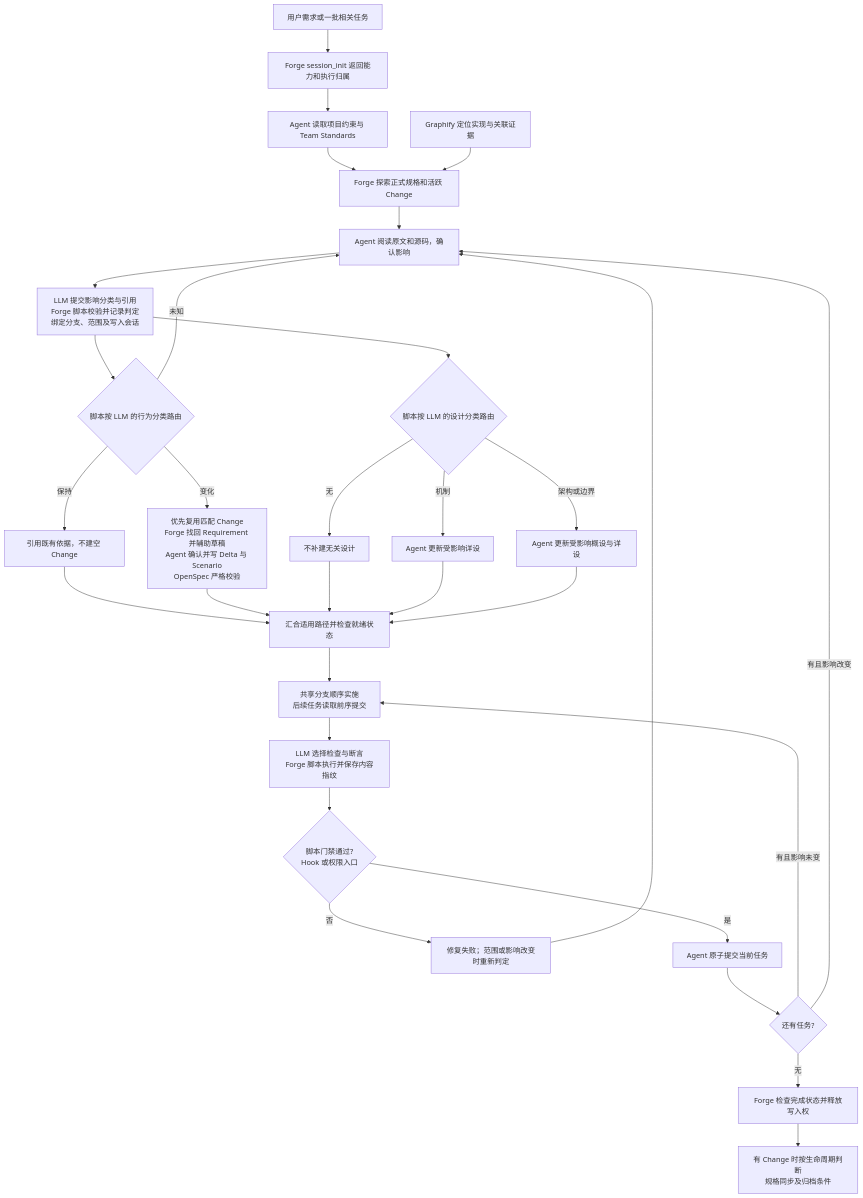
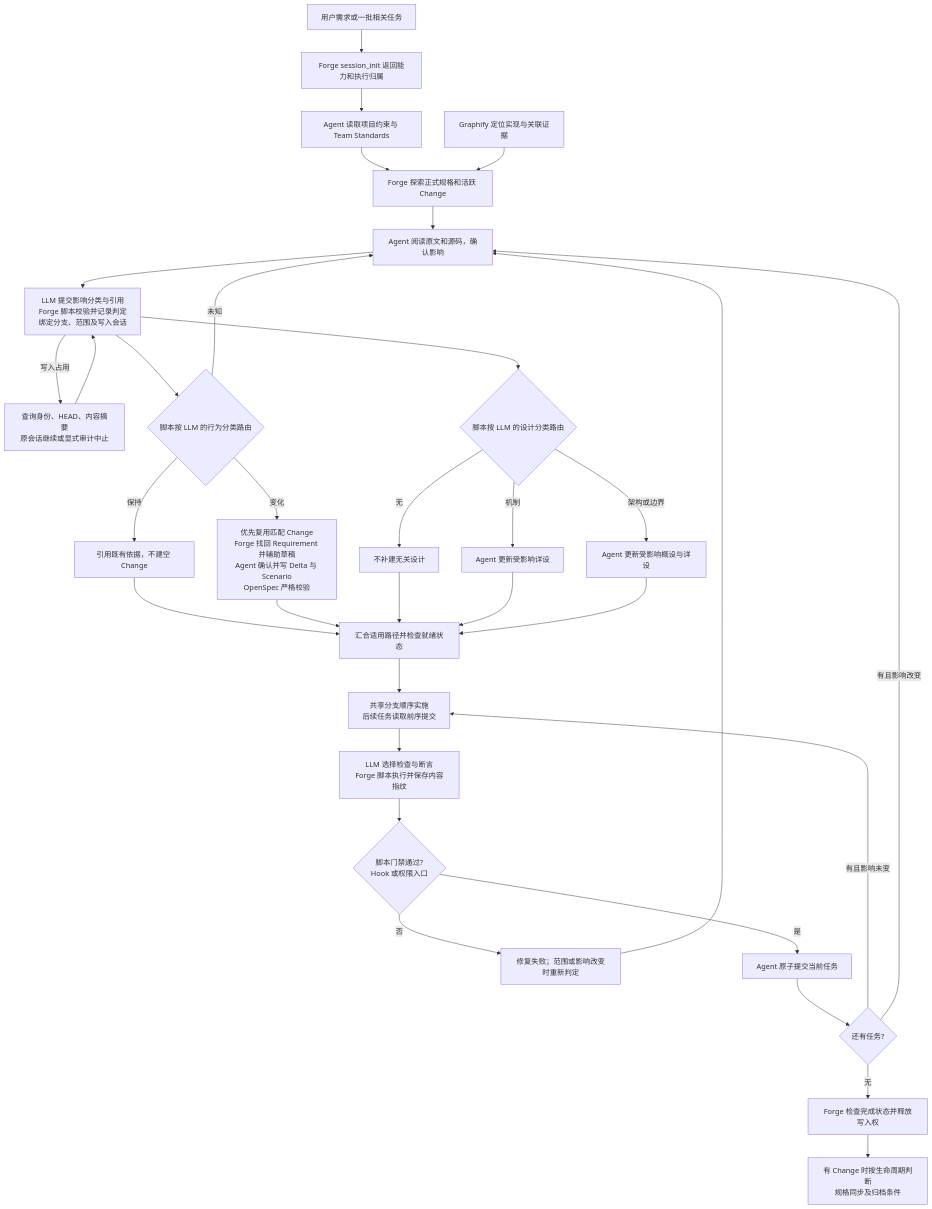
One commit to exception-coder/kai-toolbox changed the second of 6 diagrams in docs/ai-coding-architecture.md. Above: the diagram before and after it, drawn with Mermaid. The commit also changed other lines of this file and 14 other files, not shown here.

````diff
--- a/docs/ai-coding-architecture.md
+++ b/docs/ai-coding-architecture.md
@@ -111,33 +111,35 @@
 ```mermaid
 flowchart TD
     REQUEST["用户需求或一批相关任务"] --> SESSION["Forge session_init 返回能力和执行归属"]
     SESSION --> READ["Agent 读取项目约束与 Team Standards"]
     READ --> DISCOVER["Forge 探索正式规格和活跃 Change"]
     GRAPHIFY["Graphify 定位实现与关联证据"] --> DISCOVER
     DISCOVER --> REVIEW["Agent 阅读原文和源码，确认影响"]
     REVIEW --> ASSESS["LLM 提交影响分类与引用<br/>Forge 脚本校验并记录判定<br/>绑定分支、范围及写入会话"]
+    ASSESS -->|"写入占用"| RECOVERY["查询身份、HEAD、内容摘要<br/>原会话继续或显式审计中止"]
+    RECOVERY --> ASSESS
     ASSESS --> SPEC_ROUTE{"脚本按 LLM 的行为分类路由"}
     SPEC_ROUTE -->|"未知"| REVIEW
     SPEC_ROUTE -->|"保持"| NO_DELTA["引用既有依据，不建空 Change"]
     SPEC_ROUTE -->|"变化"| DELTA["优先复用匹配 Change<br/>Forge 找回 Requirement 并辅助草稿<br/>Agent 确认并写 Delta 与 Scenario<br/>OpenSpec 严格校验"]
     ASSESS --> DESIGN_ROUTE{"脚本按 LLM 的设计分类路由"}
     DESIGN_ROUTE -->|"无"| NO_DESIGN["不补建无关设计"]
     DESIGN_ROUTE -->|"机制"| DETAIL["Agent 更新受影响详设"]
     DESIGN_ROUTE -->|"架构或边界"| BOTH["Agent 更新受影响概设与详设"]
     NO_DELTA --> READY["汇合适用路径并检查就绪状态"]
     DELTA --> READY
     NO_DESIGN --> READY
     DETAIL --> READY
     BOTH --> READY
     READY --> IMPLEMENT["共享分支顺序实施<br/>后续任务读取前序提交"]
     IMPLEMENT --> VERIFY["LLM 选择检查与断言<br/>Forge 脚本执行并保存内容指纹"]
     VERIFY --> GATE{"脚本门禁通过?<br/>Hook 或权限入口"}
     GATE -->|"否"| REPAIR["修复失败；范围或影响改变时重新判定"]
     REPAIR --> REVIEW
     GATE -->|"是"| COMMIT["Agent 原子提交当前任务"]
     COMMIT --> MORE{"还有任务?"}
     MORE -->|"有且影响未变"| IMPLEMENT
     MORE -->|"有且影响改变"| REVIEW
     MORE -->|"无"| FINISH["Forge 检查完成状态并释放写入权"]
     FINISH --> ARCHIVE["有 Change 时按生命周期判断<br/>规格同步及归档条件"]
 ```
````
